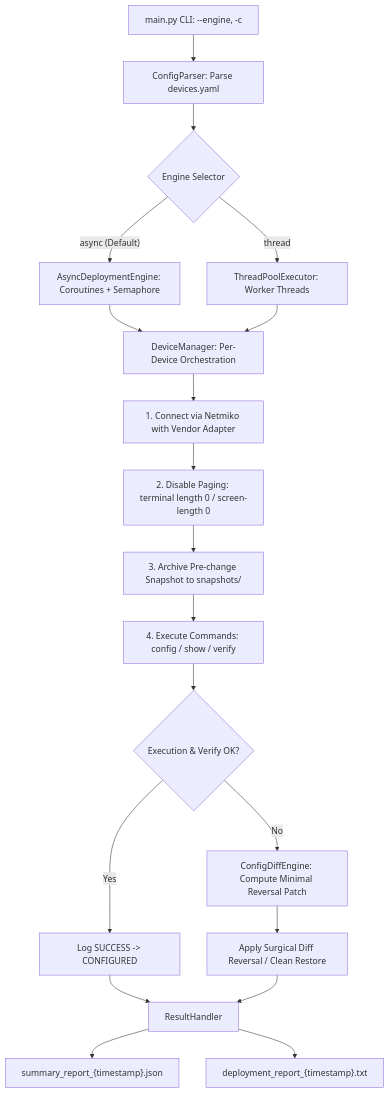
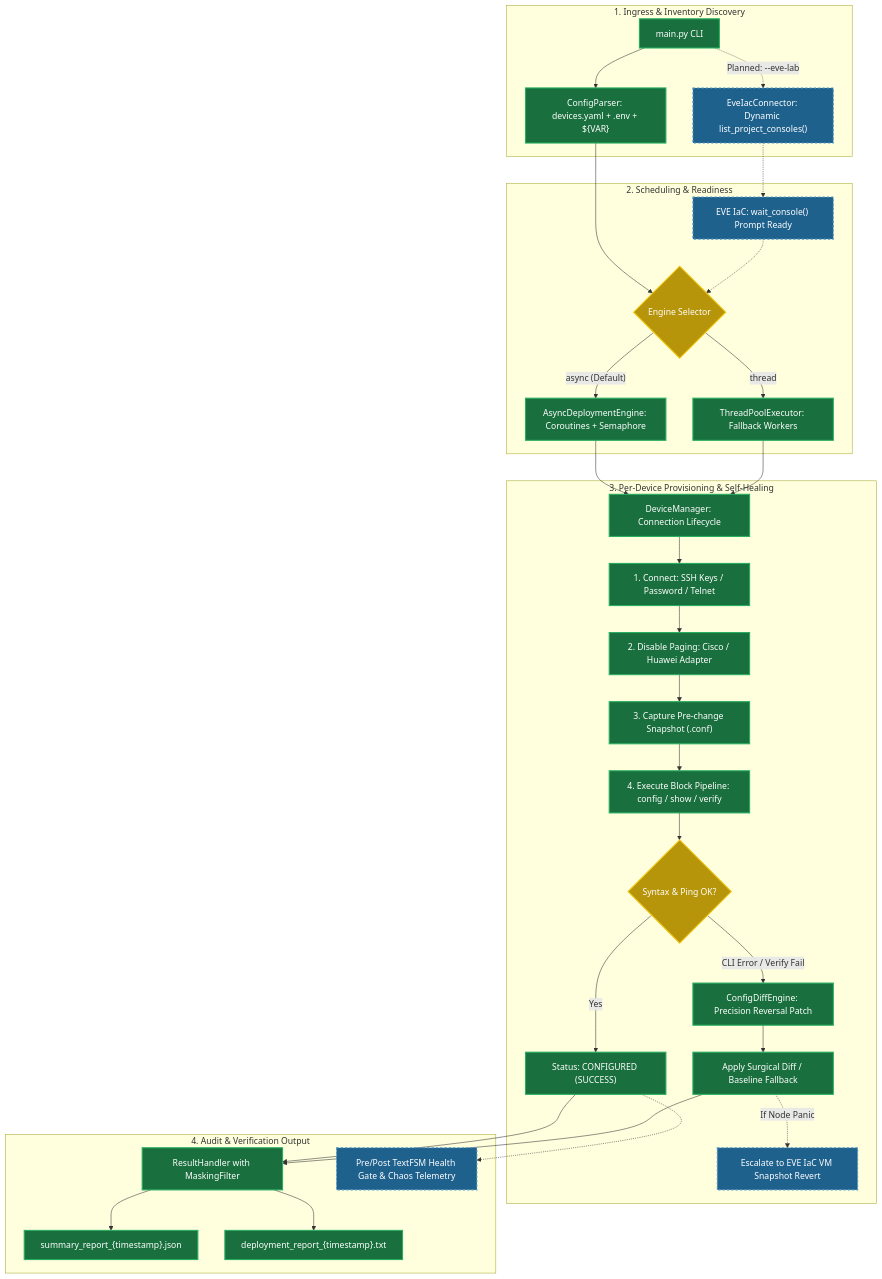
Before and after one commit to shaolinzhou/PNetGimini: the diagram in README.md, drawn with Mermaid. The commit also changed other lines of this file, not shown here.

Commit message:
docs: enrich Deployment Flow with color-coded status legend and update architecture tree

````diff
--- a/README.md
+++ b/README.md
@@ -41,21 +41,61 @@
 ```mermaid
 flowchart TD
-    A["main.py CLI: --engine, -c"] --> B["ConfigParser: Parse devices.yaml"]
-    B --> C{"Engine Selector"}
-    C -->|"async (Default)"| D1["AsyncDeploymentEngine: Coroutines + Semaphore"]
-    C -->|"thread"| D2["ThreadPoolExecutor: Worker Threads"]
-    D1 --> E["DeviceManager: Per-Device Orchestration"]
-    D2 --> E
-    E --> F1["1. Connect via Netmiko with Vendor Adapter"]
-    F1 --> F2["2. Disable Paging: terminal length 0 / screen-length 0"]
-    F2 --> F3["3. Archive Pre-change Snapshot to snapshots/"]
-    F3 --> F4["4. Execute Commands: config / show / verify"]
-    F4 --> F5{"Execution & Verify OK?"}
-    F5 -->|"Yes"| F6["Log SUCCESS -> CONFIGURED"]
-    F5 -->|"No"| F7["ConfigDiffEngine: Compute Minimal Reversal Patch"]
-    F7 --> F8["Apply Surgical Diff Reversal / Clean Restore"]
-    F6 --> G["ResultHandler"]
-    F8 --> G
-    G --> H1["summary_report_{timestamp}.json"]
-    G --> H2["deployment_report_{timestamp}.txt"]
+    %% Status Styling Classes
+    classDef implemented fill:#196f3d,stroke:#27ae60,stroke-width:2px,color:#ffffff;
+    classDef planned fill:#1f618d,stroke:#5499c7,stroke-width:2px,stroke-dasharray: 4 4,color:#ffffff;
+    classDef decision fill:#b7950b,stroke:#f1c40f,stroke-width:2px,color:#ffffff;
+
+    subgraph Stage1 ["1. Ingress & Inventory Discovery"]
+        A["main.py CLI"]:::implemented
+        B1["ConfigParser: devices.yaml + .env + ${VAR}"]:::implemented
+        B2["EveIacConnector: Dynamic list_project_consoles()"]:::planned
+        A --> B1
+        A -.->|"Planned: --eve-lab"| B2
+    end
+
+    subgraph Stage2 ["2. Scheduling & Readiness"]
+        W["EVE IaC: wait_console() Prompt Ready"]:::planned
+        C{"Engine Selector"}:::decision
+        D1["AsyncDeploymentEngine: Coroutines + Semaphore"]:::implemented
+        D2["ThreadPoolExecutor: Fallback Workers"]:::implemented
+        B1 --> C
+        B2 -.-> W
+        W -.-> C
+        C -->|"async (Default)"| D1
+        C -->|"thread"| D2
+    end
+
+    subgraph Stage3 ["3. Per-Device Provisioning & Self-Healing"]
+        E["DeviceManager: Connection Lifecycle"]:::implemented
+        D1 --> E
+        D2 --> E
+        F1["1. Connect: SSH Keys / Password / Telnet"]:::implemented
+        F2["2. Disable Paging: Cisco / Huawei Adapter"]:::implemented
+        F3["3. Capture Pre-change Snapshot (.conf)"]:::implemented
+        F4["4. Execute Block Pipeline: config / show / verify"]:::implemented
+        F5{"Syntax & Ping OK?"}:::decision
+        F6["Status: CONFIGURED (SUCCESS)"]:::implemented
+        F7["ConfigDiffEngine: Precision Reversal Patch"]:::implemented
+        F8["Apply Surgical Diff / Baseline Fallback"]:::implemented
+        F9["Escalate to EVE IaC VM Snapshot Revert"]:::planned
+
+        E --> F1 --> F2 --> F3 --> F4 --> F5
+        F5 -->|"Yes"| F6
+        F5 -->|"CLI Error / Verify Fail"| F7
+        F7 --> F8
+        F8 -.->|"If Node Panic"| F9
+    end
+
+    subgraph Stage4 ["4. Audit & Verification Output"]
+        G["ResultHandler with MaskingFilter"]:::implemented
+        H1["summary_report_{timestamp}.json"]:::implemented
+        H2["deployment_report_{timestamp}.txt"]:::implemented
+        H3["Pre/Post TextFSM Health Gate & Chaos Telemetry"]:::planned
+
+        F6 --> G
+        F8 --> G
+        G --> H1
+        G --> H2
+        F6 -.-> H3
+    end
 ```
````
